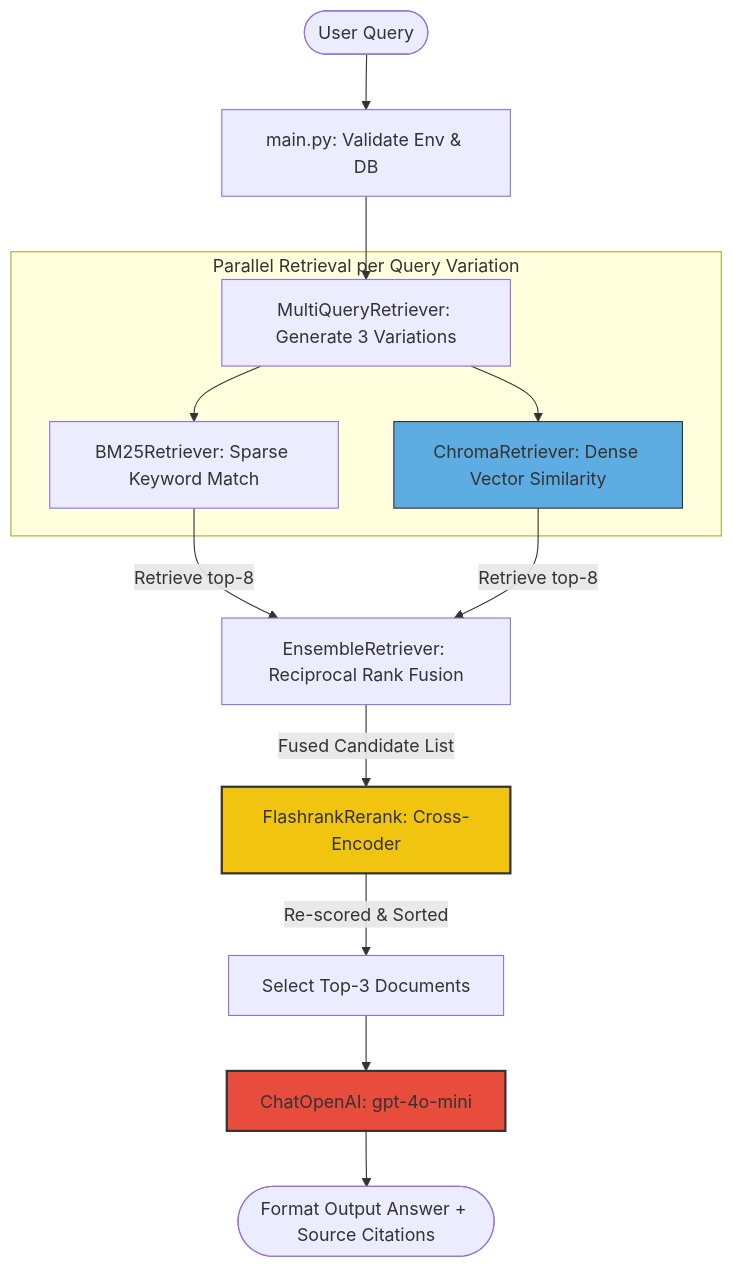
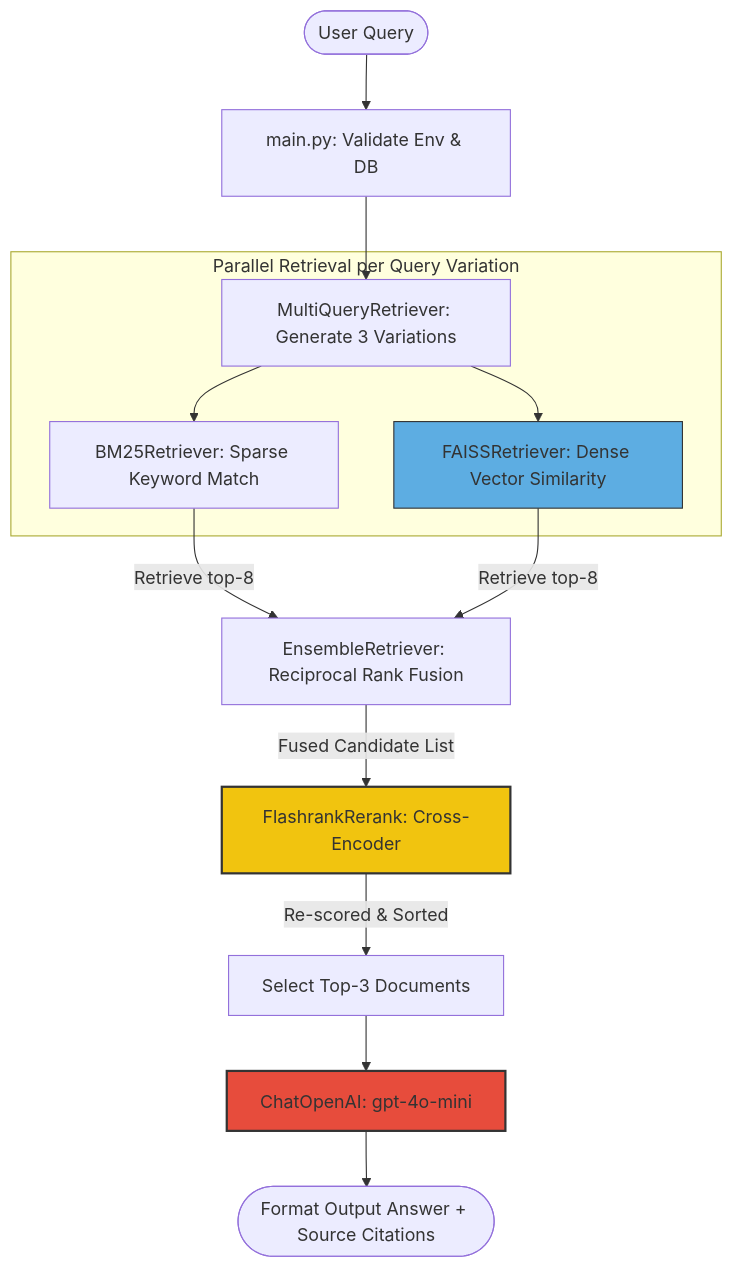
The second of 3 diagrams in README.md (Sh1vaay/RAG), drawn with Mermaid before and after one commit. The commit also changed other lines of this file and 9 other files, not shown here.

Commit message:
refactor: migrate from ChromaDB to FAISS for vector storage and implement a fast-path retrieval workflow for simple queries

````diff
--- a/README.md
+++ b/README.md
@@ -107,26 +107,26 @@
 ```mermaid
 flowchart TD
     Input([User Query]) --> ContextChecker[main.py: Validate Env & DB]
     ContextChecker --> MultiQuery[MultiQueryRetriever: Generate 3 Variations]
     
     %% Parallel Retrieval Loop
     subgraph Parallel Retrieval per Query Variation
         MultiQuery --> BM25[BM25Retriever: Sparse Keyword Match]
-        MultiQuery --> Vector[ChromaRetriever: Dense Vector Similarity]
+        MultiQuery --> Vector[FAISSRetriever: Dense Vector Similarity]
     end
     
     BM25 -->|Retrieve top-8| Merger[EnsembleRetriever: Reciprocal Rank Fusion]
     Vector -->|Retrieve top-8| Merger
     
     %% Re-ranking
     Merger -->|Fused Candidate List| Reranker[FlashrankRerank: Cross-Encoder]
     Reranker -->|Re-scored & Sorted| TopK[Select Top-3 Documents]
     
     %% Prompt Generation
     TopK --> LLM[ChatOpenAI: gpt-4o-mini]
     LLM --> Answer([Format Output Answer + Source Citations])
     
     style Vector fill:#5dade2,stroke:#333,stroke-width:1px
     style Reranker fill:#f1c40f,stroke:#333,stroke-width:2px
     style LLM fill:#e74c3c,stroke:#333,stroke-width:2px
 ```
````
